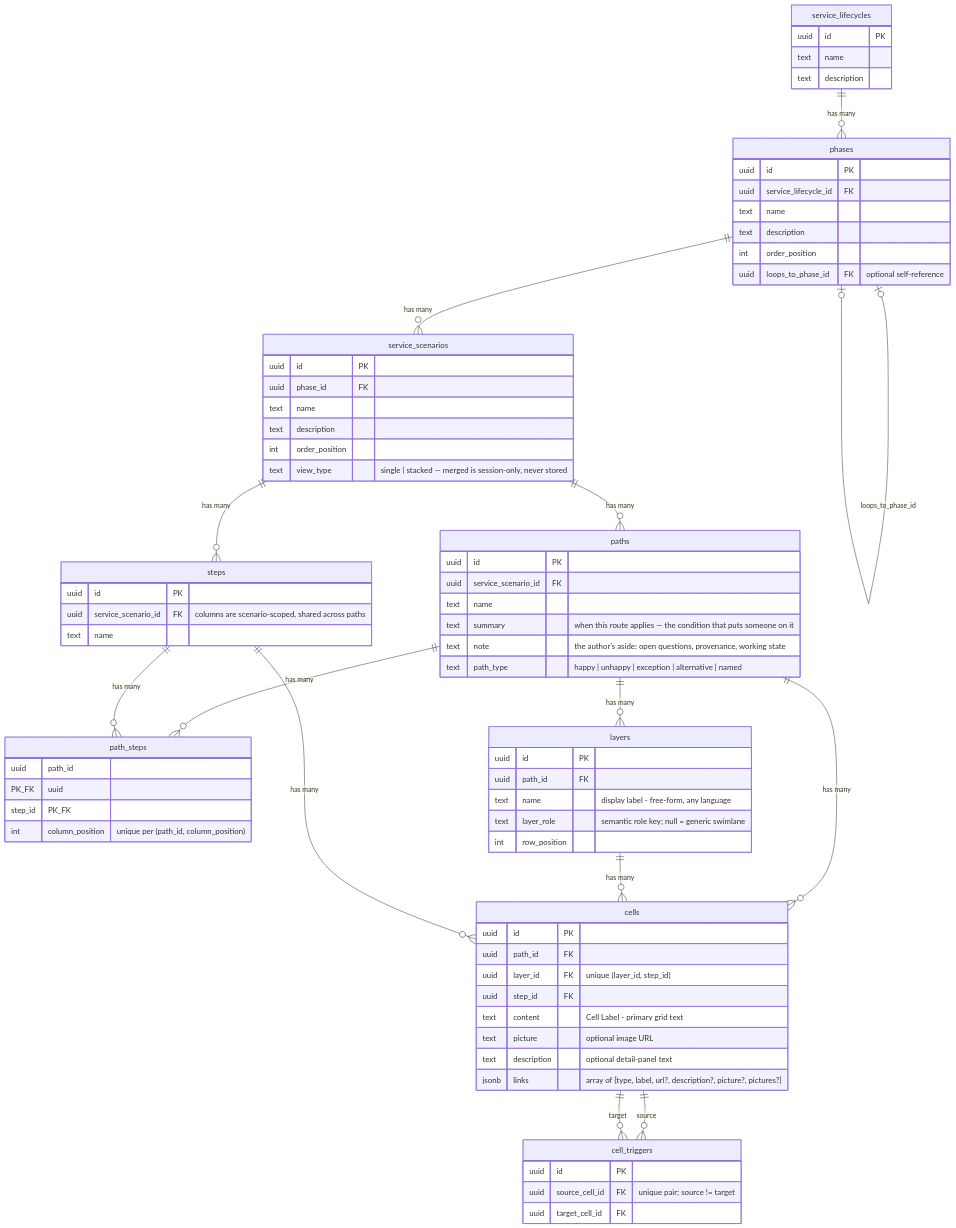
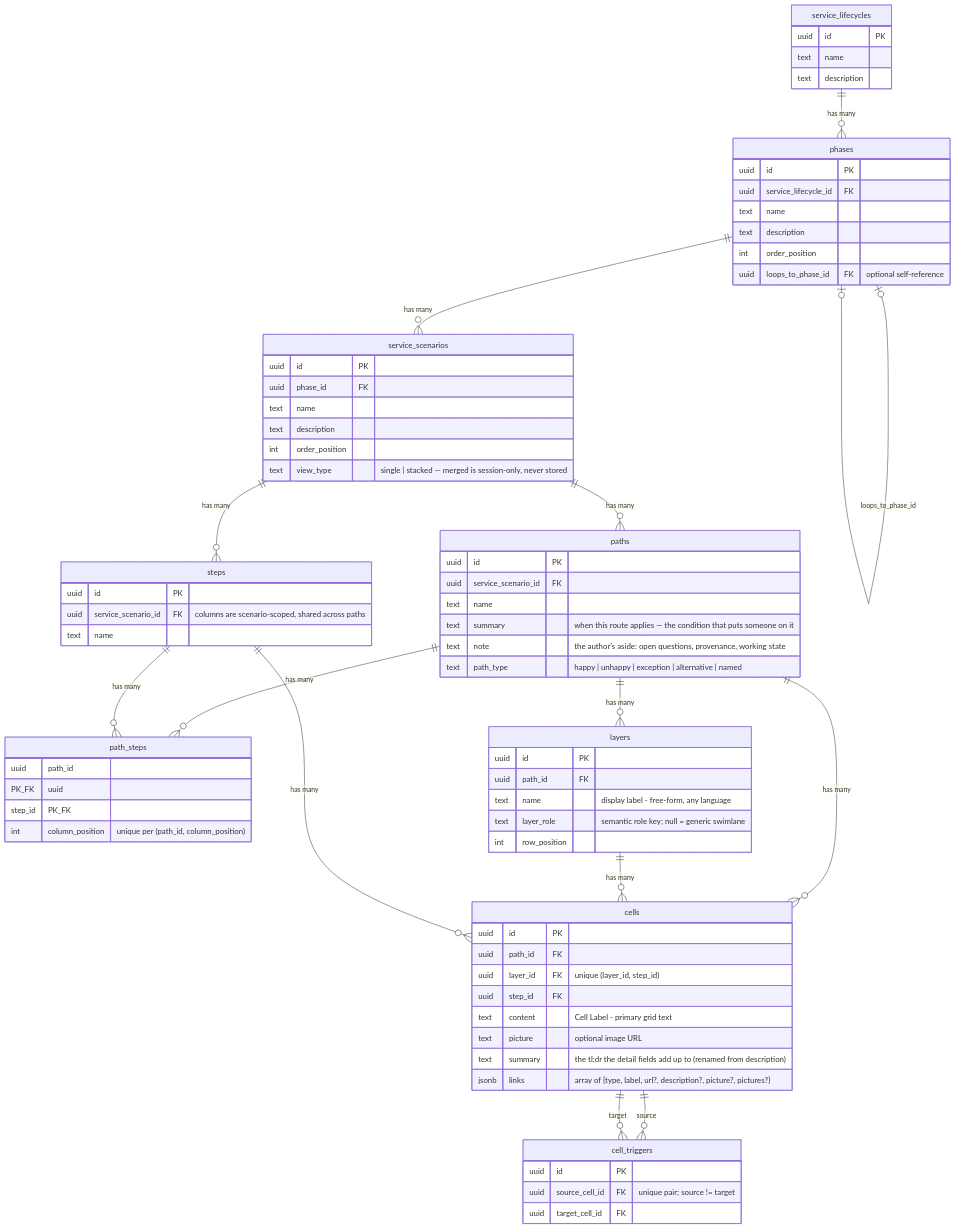
The diagram in src/lib/agent/skill/references/data-model.md (BilLogic/plus-uno-blueprint), drawn with Mermaid before and after one commit. The commit also changed 54 other files, not shown here.

````diff
--- a/src/lib/agent/skill/references/data-model.md
+++ b/src/lib/agent/skill/references/data-model.md
@@ -33,26 +33,26 @@
 ```mermaid
 erDiagram
   service_lifecycles ||--o{ phases : "has many"
   phases ||--o{ service_scenarios : "has many"
   phases |o--o| phases : "loops_to_phase_id"
   service_scenarios ||--o{ paths : "has many"
   service_scenarios ||--o{ steps : "has many"
   paths ||--o{ path_steps : "has many"
   steps ||--o{ path_steps : "has many"
   paths ||--o{ layers : "has many"
   paths ||--o{ cells : "has many"
   layers ||--o{ cells : "has many"
   steps ||--o{ cells : "has many"
   cells ||--o{ cell_triggers : "source"
   cells ||--o{ cell_triggers : "target"
 
   service_lifecycles { uuid id PK  text name  text description }
   phases { uuid id PK  uuid service_lifecycle_id FK  text name  text description  int order_position  uuid loops_to_phase_id FK "optional self-reference" }
   service_scenarios { uuid id PK  uuid phase_id FK  text name  text description  int order_position  text view_type "single | stacked — merged is session-only, never stored" }
   paths { uuid id PK  uuid service_scenario_id FK  text name  text summary "when this route applies — the condition that puts someone on it"  text note "the author's aside: open questions, provenance, working state"  text path_type "happy | unhappy | exception | alternative | named" }
   steps { uuid id PK  uuid service_scenario_id FK "columns are scenario-scoped, shared across paths"  text name }
   path_steps { uuid path_id PK_FK  uuid step_id PK_FK  int column_position "unique per (path_id, column_position)" }
   layers { uuid id PK  uuid path_id FK  text name "display label - free-form, any language"  text layer_role "semantic role key; null = generic swimlane"  int row_position }
-  cells { uuid id PK  uuid path_id FK  uuid layer_id FK "unique (layer_id, step_id)"  uuid step_id FK  text content "Cell Label - primary grid text"  text picture "optional image URL"  text description "optional detail-panel text"  jsonb links "array of {type, label, url?, description?, picture?, pictures?}" }
+  cells { uuid id PK  uuid path_id FK  uuid layer_id FK "unique (layer_id, step_id)"  uuid step_id FK  text content "Cell Label - primary grid text"  text picture "optional image URL"  text summary "the tl;dr the detail fields add up to (renamed from description)"  jsonb links "array of {type, label, url?, description?, picture?, pictures?}" }
   cell_triggers { uuid id PK  uuid source_cell_id FK "unique pair; source != target"  uuid target_cell_id FK }
 ```
````
